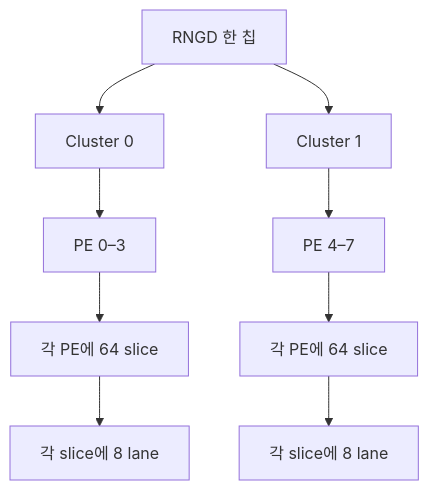
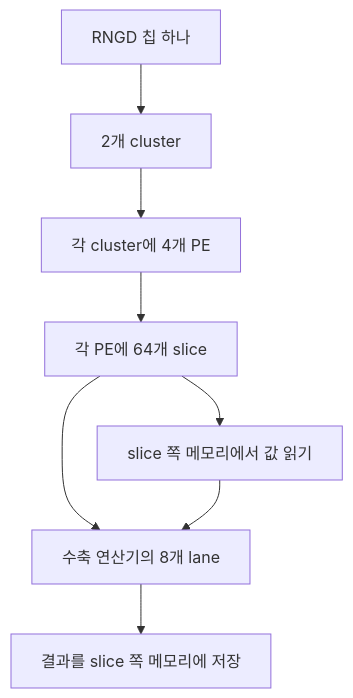
One commit to smallstep-zzz/furyno5-handbook changed the first of 5 diagrams in content/01-hardware.md. Above: the diagram before and after it, drawn with Mermaid. The commit also changed other lines of this file and 97 other files, not shown here.

````diff
--- a/content/01-hardware.md
+++ b/content/01-hardware.md
@@ -26,11 +138,10 @@
 ```mermaid
 flowchart TB
-    C["RNGD 한 칩"] --> G0["Cluster 0"]
-    C --> G1["Cluster 1"]
-    G0 --> P0["PE 0–3"]
-    G1 --> P1["PE 4–7"]
-    P0 --> S0["각 PE에 64 slice"]
-    P1 --> S1["각 PE에 64 slice"]
-    S0 --> L0["각 slice에 8 lane"]
-    S1 --> L1["각 slice에 8 lane"]
+  C["RNGD 칩 하나"] --> G["2개 cluster"]
+  G --> P["각 cluster에 4개 PE"]
+  P --> S["각 PE에 64개 slice"]
+  S --> M["slice 쪽 메모리에서 값 읽기"]
+  S --> E["수축 연산기의 8개 lane"]
+  M --> E
+  E --> R["결과를 slice 쪽 메모리에 저장"]
 ```
````
